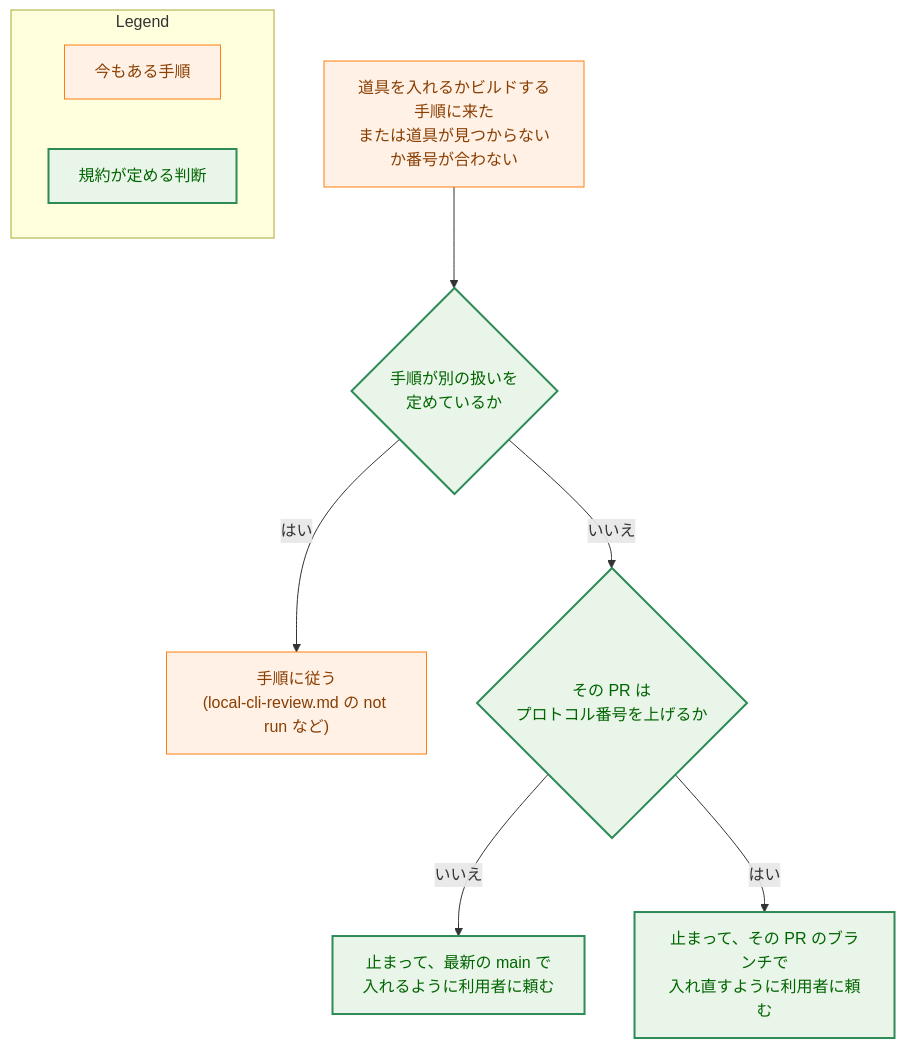
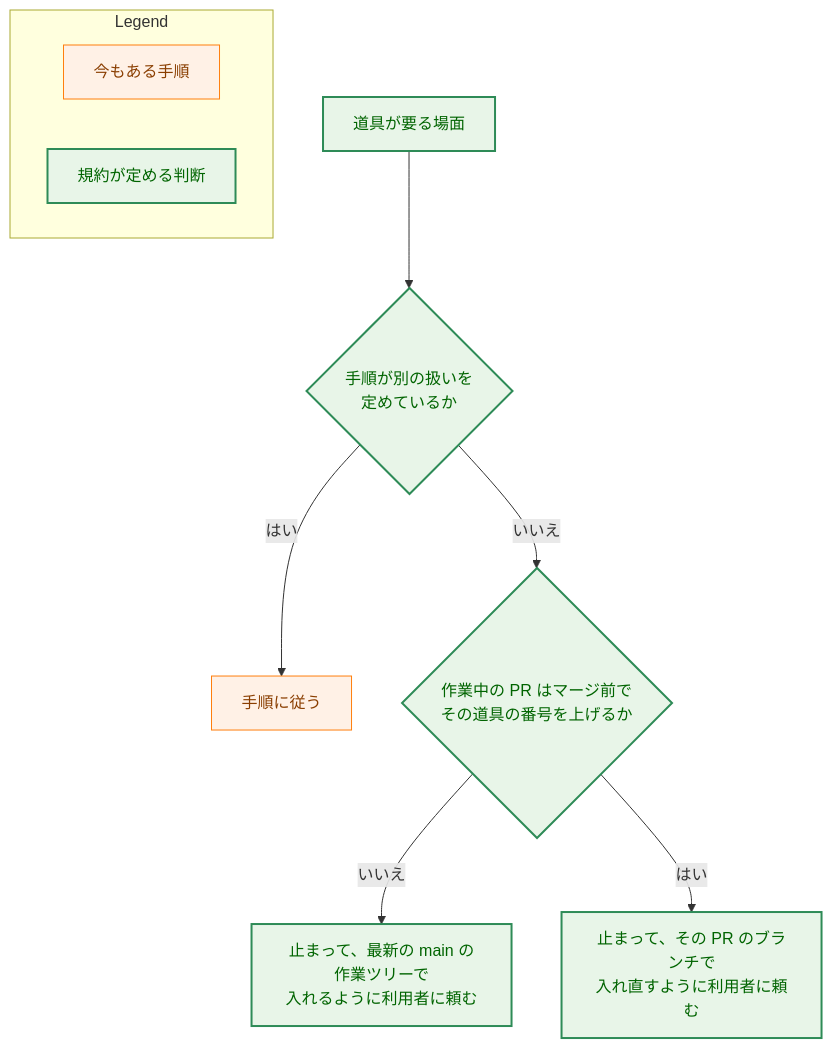
One commit to isseis/yt2column changed the fourth of 4 diagrams in docs/tasks/0112_dev_tools_convention/02_architecture.md. Above: the diagram before and after it, drawn with Mermaid. The commit also changed other lines of this file and 1 other file, not shown here.

First line of the commit message:
docs(0112): address the architecture review of the development tools convention

````diff
--- a/docs/tasks/0112_dev_tools_convention/02_architecture.md
+++ b/docs/tasks/0112_dev_tools_convention/02_architecture.md
@@ -389,28 +455,28 @@
 ```mermaid
 flowchart TD
     classDef process fill:#fff1e6,stroke:#ff7f0e,stroke-width:1px,color:#8a3e00;
     classDef enhanced fill:#e8f5e8,stroke:#2e8b57,stroke-width:2px,color:#006400;
 
-    START["道具を入れるかビルドする手順に来た<br>または道具が見つからないか番号が合わない"]
+    START["道具が要る場面"]
     PROC{"手順が別の扱いを<br>定めているか"}
-    FOLLOW["手順に従う<br>(local-cli-review.md の not run など)"]
-    PROTO{"その PR は<br>プロトコル番号を上げるか"}
-    ASKMAIN["止まって、最新の main で<br>入れるように利用者に頼む"]
+    FOLLOW["手順に従う"]
+    PROTO{"作業中の PR はマージ前で<br>その道具の番号を上げるか"}
+    ASKMAIN["止まって、最新の main の作業ツリーで<br>入れるように利用者に頼む"]
     ASKBR["止まって、その PR のブランチで<br>入れ直すように利用者に頼む"]
 
     START --> PROC
     PROC -->|"はい"| FOLLOW
     PROC -->|"いいえ"| PROTO
     PROTO -->|"いいえ"| ASKMAIN
     PROTO -->|"はい"| ASKBR
 
-    class START,FOLLOW process
-    class PROC,PROTO,ASKMAIN,ASKBR enhanced
+    class FOLLOW process
+    class START,PROC,PROTO,ASKMAIN,ASKBR enhanced
 
     subgraph Legend["Legend"]
         L1["今もある手順"]
         L2["規約が定める判断"]
     end
     class L1 process
     class L2 enhanced
 ```
````
